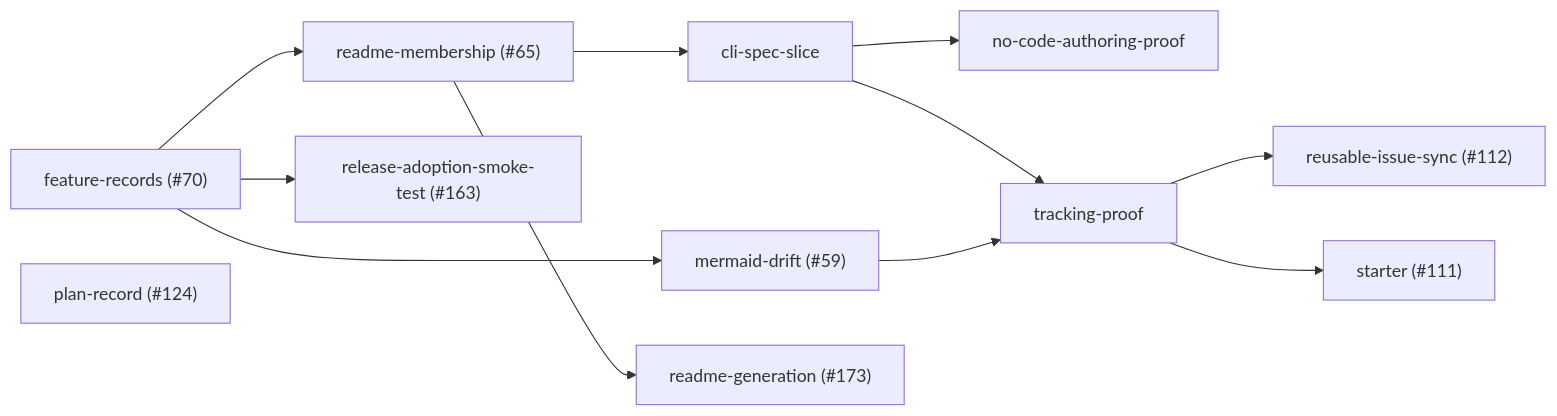
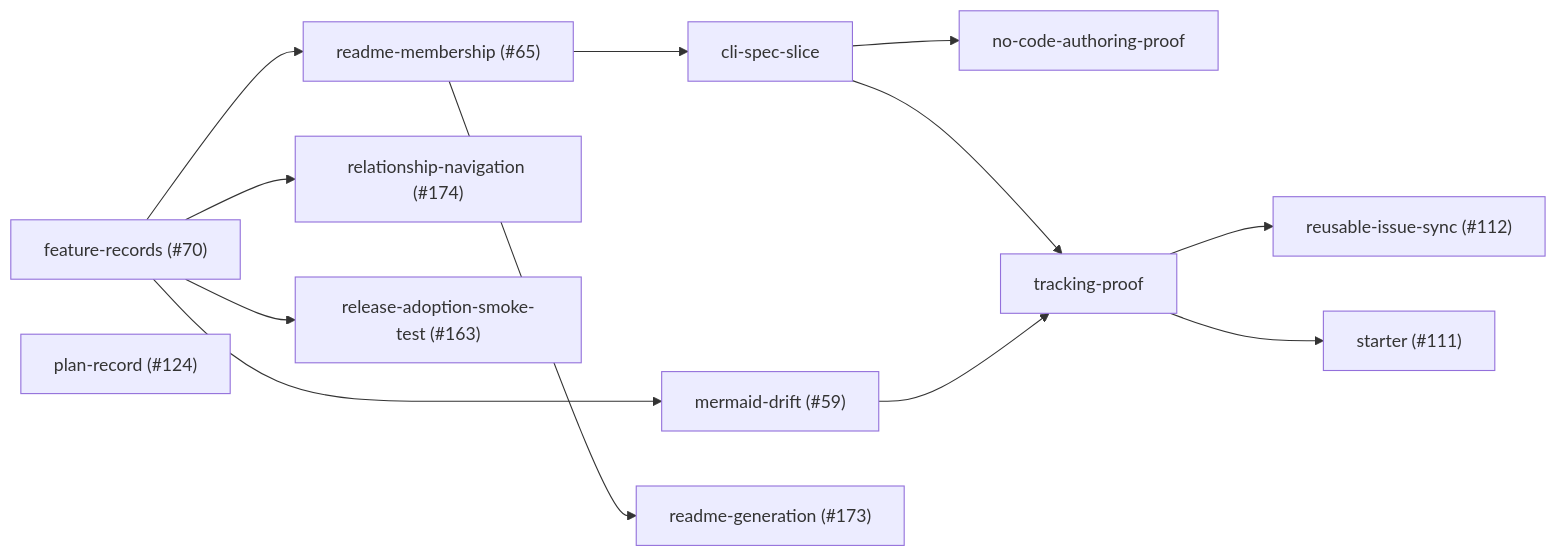
One commit to Ltilak13/ubiq changed the diagram in docs/plans/no-code-dogfood.md. Above: the diagram before and after it, drawn with Mermaid. The commit also changed other lines of this file and 1 other file, not shown here.

Commit message:
docs(goals): track forward and inverse relationship checks

````diff
--- a/docs/plans/no-code-dogfood.md
+++ b/docs/plans/no-code-dogfood.md
@@ -105,32 +111,35 @@
 ```mermaid
 flowchart LR
   step_1["cli-spec-slice"]
   step_2["feature-records (#35;70)"]
   click step_2 "https://github.com/Ltilak13/ubiq/issues/70"
   step_3["mermaid-drift (#35;59)"]
   click step_3 "https://github.com/Ltilak13/ubiq/issues/59"
   step_4["no-code-authoring-proof"]
   step_5["plan-record (#35;124)"]
   click step_5 "https://github.com/Ltilak13/ubiq/issues/124"
   step_6["readme-generation (#35;173)"]
   click step_6 "https://github.com/Ltilak13/ubiq/issues/173"
   step_7["readme-membership (#35;65)"]
   click step_7 "https://github.com/Ltilak13/ubiq/issues/65"
-  step_8["release-adoption-smoke-test (#35;163)"]
-  click step_8 "https://github.com/Ltilak13/ubiq/issues/163"
-  step_9["reusable-issue-sync (#35;112)"]
-  click step_9 "https://github.com/Ltilak13/ubiq/issues/112"
-  step_10["starter (#35;111)"]
-  click step_10 "https://github.com/Ltilak13/ubiq/issues/111"
-  step_11["tracking-proof"]
+  step_8["relationship-navigation (#35;174)"]
+  click step_8 "https://github.com/Ltilak13/ubiq/issues/174"
+  step_9["release-adoption-smoke-test (#35;163)"]
+  click step_9 "https://github.com/Ltilak13/ubiq/issues/163"
+  step_10["reusable-issue-sync (#35;112)"]
+  click step_10 "https://github.com/Ltilak13/ubiq/issues/112"
+  step_11["starter (#35;111)"]
+  click step_11 "https://github.com/Ltilak13/ubiq/issues/111"
+  step_12["tracking-proof"]
   step_7 --> step_1
   step_2 --> step_3
   step_1 --> step_4
   step_7 --> step_6
   step_2 --> step_7
   step_2 --> step_8
-  step_11 --> step_9
-  step_11 --> step_10
-  step_1 --> step_11
-  step_3 --> step_11
+  step_2 --> step_9
+  step_12 --> step_10
+  step_12 --> step_11
+  step_1 --> step_12
+  step_3 --> step_12
 ```
````
